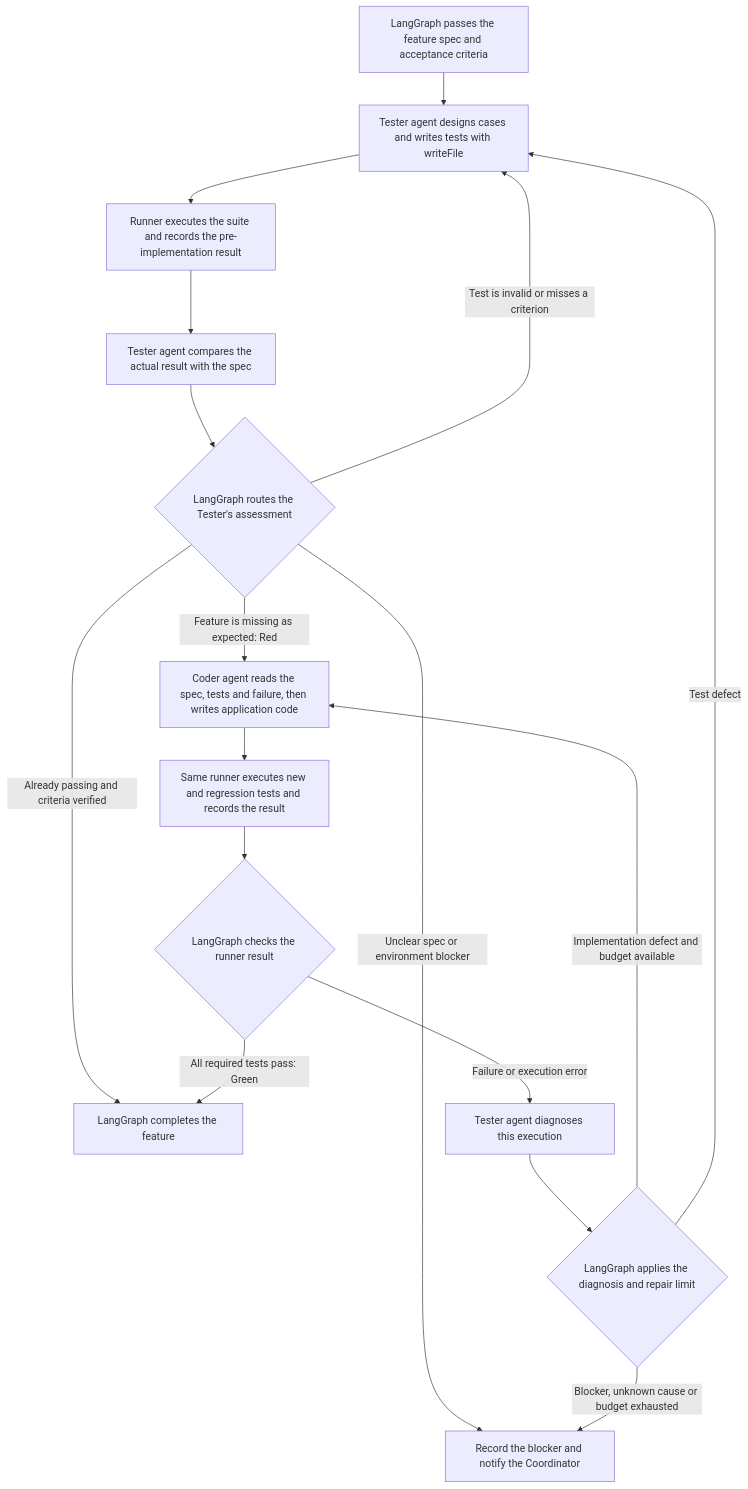
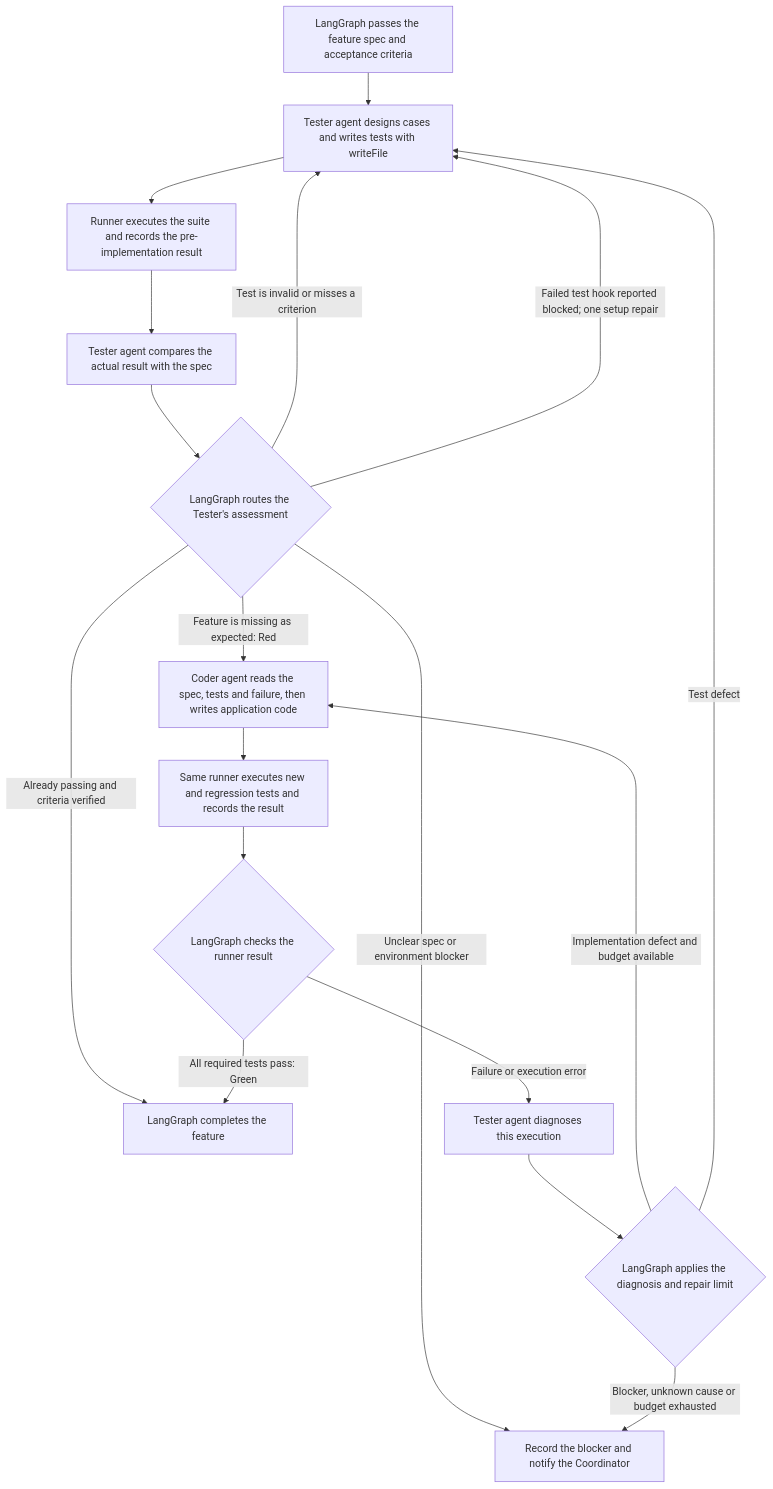
One commit to Oceankj/AI-Coder changed the second of 2 diagrams in docs/coordinator-tdd.md. Above: the diagram before and after it, drawn with Mermaid. The commit also changed other lines of this file and 35 other files, not shown here.

Commit message:
Add architecture review and managed test environments

````diff
--- a/docs/coordinator-tdd.md
+++ b/docs/coordinator-tdd.md
@@ -29,20 +39,21 @@
 ```mermaid
 flowchart TD
     spec["LangGraph passes the feature spec and acceptance criteria"]
     spec --> write["Tester agent designs cases and writes tests with writeFile"]
     write --> before["Runner executes the suite and records the pre-implementation result"]
     before --> review["Tester agent compares the actual result with the spec"]
     review --> redRoute{"LangGraph routes the Tester's assessment"}
     redRoute -->|"Feature is missing as expected: Red"| code["Coder agent reads the spec, tests and failure, then writes application code"]
     redRoute -->|"Test is invalid or misses a criterion"| write
+    redRoute -->|"Failed test hook reported blocked; one setup repair"| write
     redRoute -->|"Already passing and criteria verified"| done["LangGraph completes the feature"]
     redRoute -->|"Unclear spec or environment blocker"| pause["Record the blocker and notify the Coordinator"]
     code --> after["Same runner executes new and regression tests and records the result"]
     after --> greenRoute{"LangGraph checks the runner result"}
     greenRoute -->|"All required tests pass: Green"| done
     greenRoute -->|"Failure or execution error"| diagnose["Tester agent diagnoses this execution"]
     diagnose --> fixRoute{"LangGraph applies the diagnosis and repair limit"}
     fixRoute -->|"Implementation defect and budget available"| code
     fixRoute -->|"Test defect"| write
     fixRoute -->|"Blocker, unknown cause or budget exhausted"| pause
 ```
````
